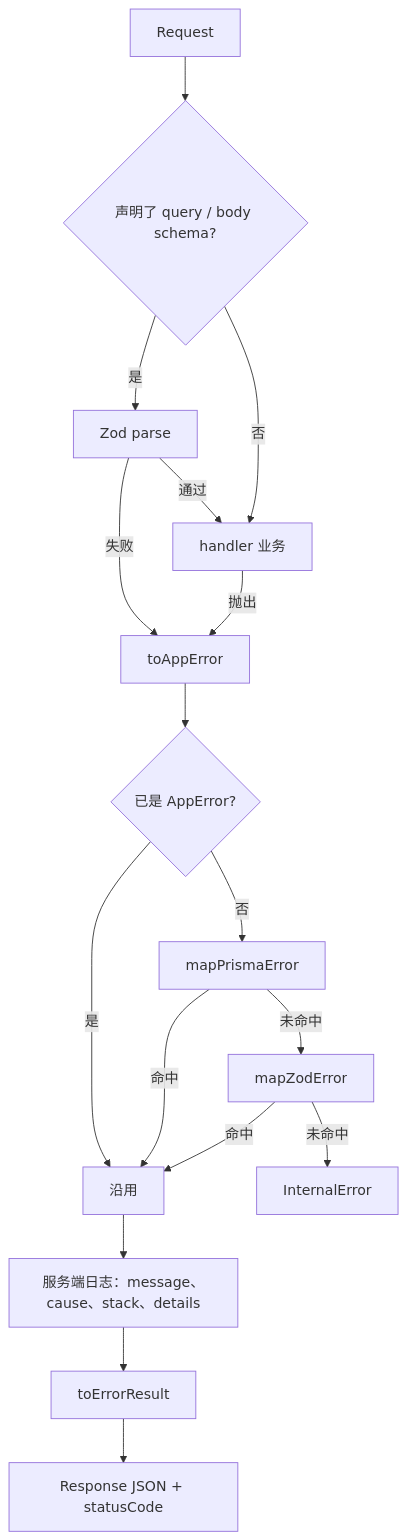
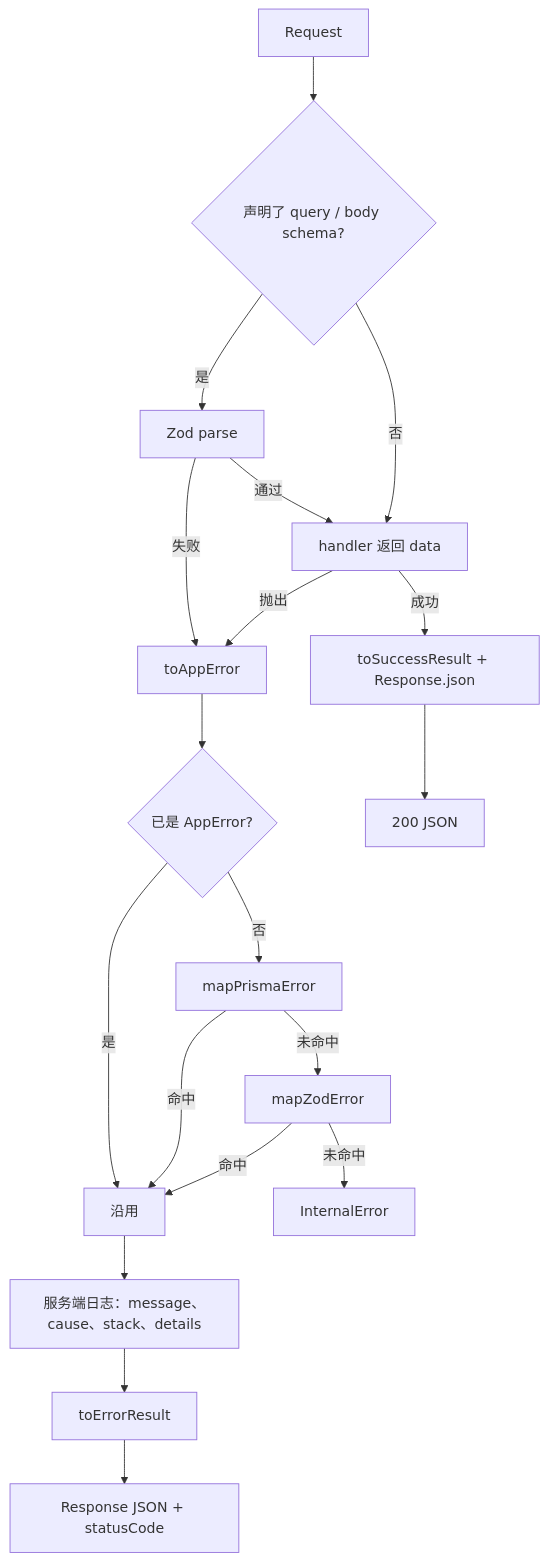
The diagram in doc/excerption.md (CaiBaoCaiBao/portal), drawn with Mermaid before and after one commit. The commit also changed other lines of this file and 1 other file, not shown here.

First line of the commit message:
feat: 增强 apiHandler，将成功响应封装在 ApiResult 中

````diff
--- a/doc/excerption.md
+++ b/doc/excerption.md
@@ -42,19 +42,21 @@
 ```mermaid
 flowchart TB
   req["Request"] --> parse{"声明了 query / body schema?"}
   parse -->|是| zodParse["Zod parse"]
   zodParse -->|失败| toApp["toAppError"]
-  zodParse -->|通过| biz["handler 业务"]
+  zodParse -->|通过| biz["handler 返回 data"]
   parse -->|否| biz
   biz -->|抛出| toApp
+  biz -->|成功| success["toSuccessResult + Response.json"]
   toApp --> already{"已是 AppError?"}
   already -->|是| app["沿用"]
   already -->|否| prisma["mapPrismaError"]
   prisma -->|命中| app
   prisma -->|未命中| zod["mapZodError"]
   zod -->|命中| app
   zod -->|未命中| internal["InternalError"]
   app --> log["服务端日志：message、cause、stack、details"]
   log --> wire["toErrorResult"]
   wire --> json["Response JSON + statusCode"]
+  success --> done["200 JSON"]
 ```
````
